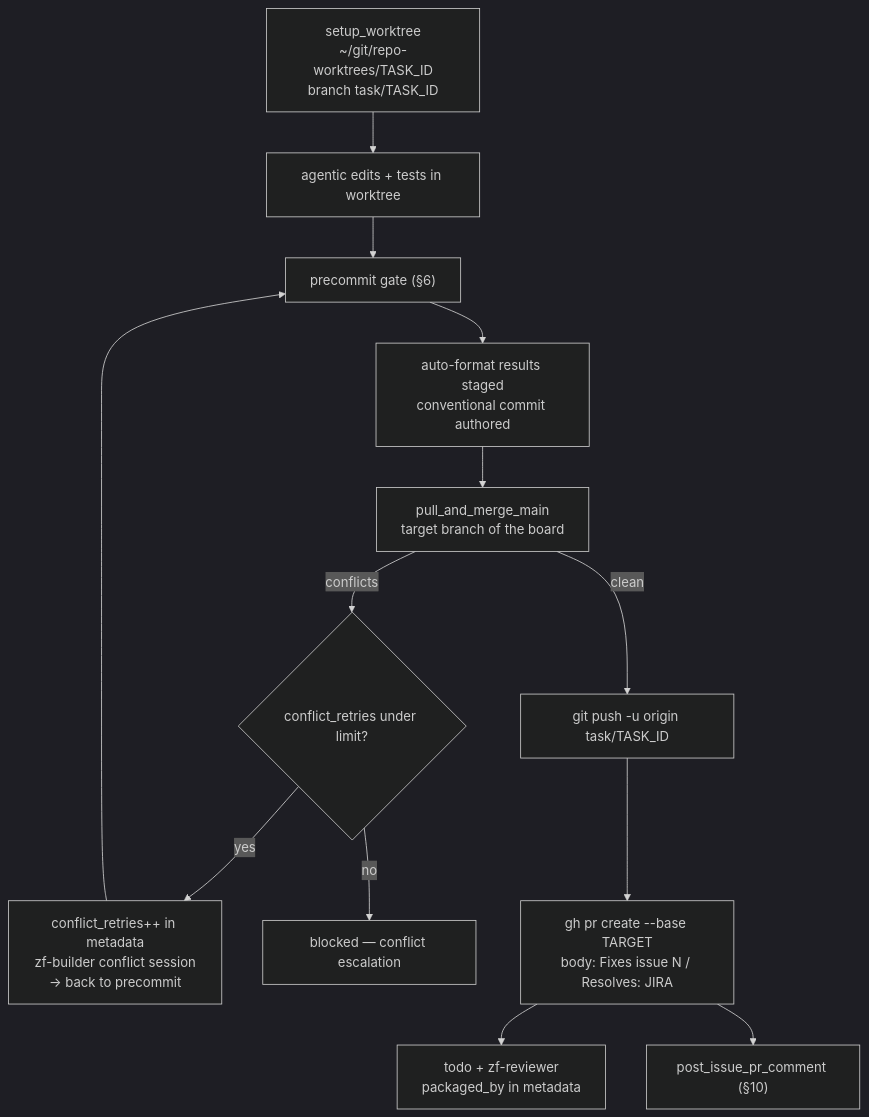
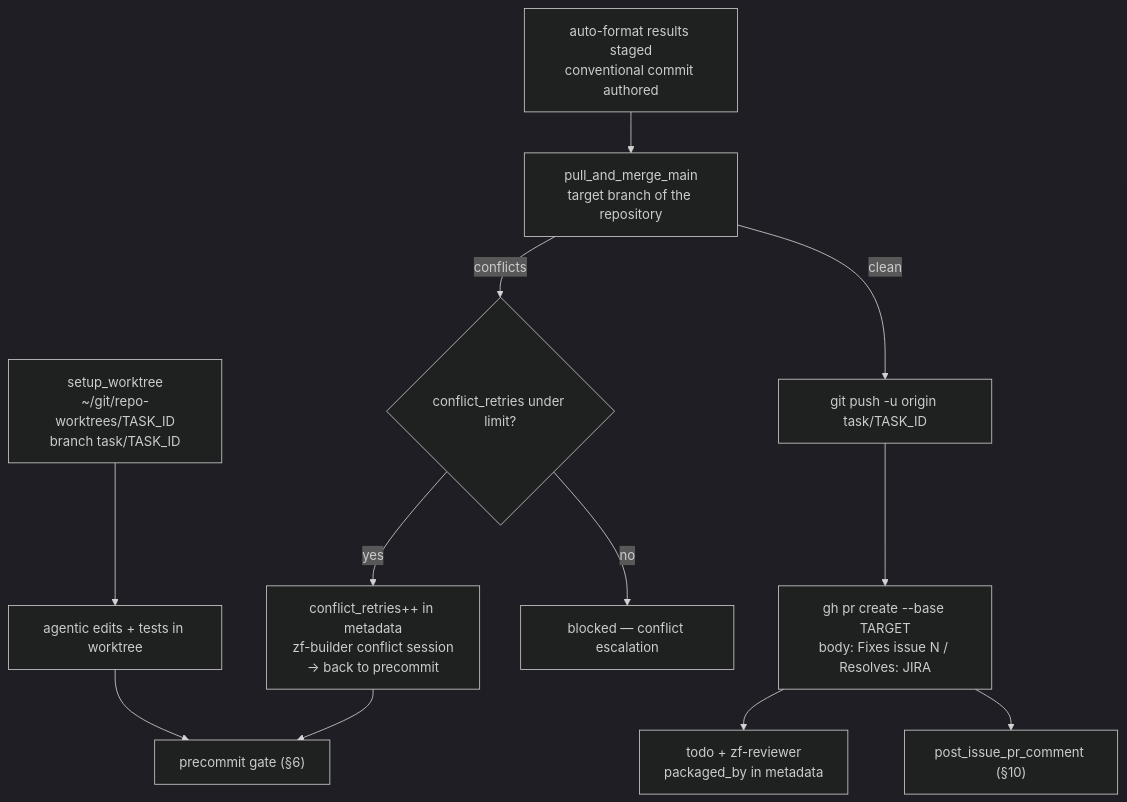
One commit to hotcode-dev/zerofactory changed the seventh of 11 diagrams in docs/FLOWS.md. Above: the diagram before and after it, drawn with Mermaid (dark theme). The commit also changed other lines of this file and 40 other files, not shown here.

````diff
--- a/docs/FLOWS.md
+++ b/docs/FLOWS.md
@@ -303,15 +323,15 @@
 ```mermaid
 flowchart TD
     W["setup_worktree<br/>~/git/repo-worktrees/TASK_ID<br/>branch task/TASK_ID"] --> WORK["agentic edits + tests in worktree"]
     WORK --> PRE["precommit gate (§6)"]
-    PRE --> STAGE["auto-format results staged<br/>conventional commit authored"]
-    STAGE --> MERGE["pull_and_merge_main<br/>target branch of the board"]
+    STAGE["auto-format results staged<br/>conventional commit authored"]
+    STAGE --> MERGE["pull_and_merge_main<br/>target branch of the repository"]
     MERGE -->|conflicts| CF{"conflict_retries under limit?"}
     CF -->|yes| CFB["conflict_retries++ in metadata<br/>zf-builder conflict session<br/>-> back to precommit"]
     CFB --> PRE
     CF -->|no| CFE["blocked — conflict escalation"]
     MERGE -->|clean| PUSH["git push -u origin task/TASK_ID"]
     PUSH --> PRC["gh pr create --base TARGET<br/>body: Fixes issue N / Resolves: JIRA"]
     PRC --> RR["todo + zf-reviewer<br/>packaged_by in metadata"]
     PRC --> IRE["post_issue_pr_comment (§10)"]
 ```
````
